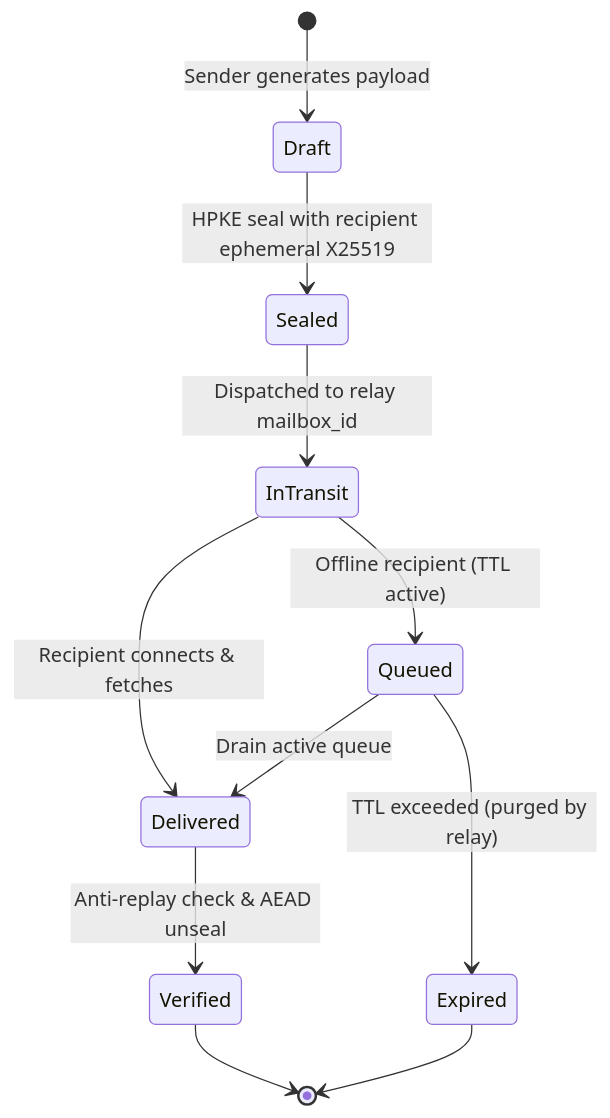
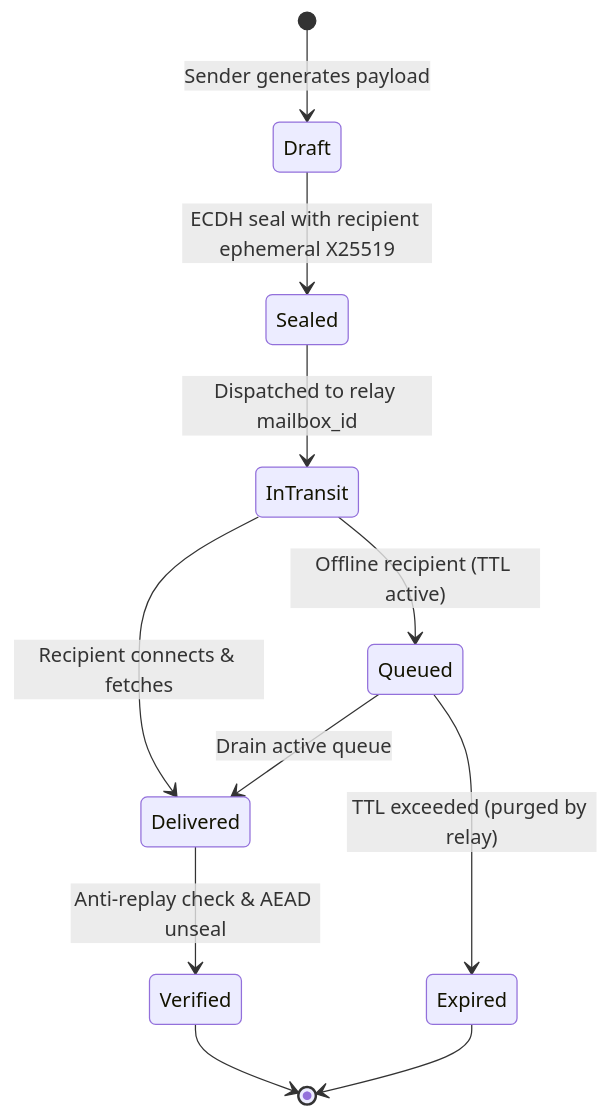
One commit to alfonsodg/sonaraim-protocol changed the fourth of 5 diagrams in docs/DIAGRAMS.md. Above: the diagram before and after it, drawn with Mermaid. The commit also changed other lines of this file and 3 other files, not shown here.

````diff
--- a/docs/DIAGRAMS.md
+++ b/docs/DIAGRAMS.md
@@ -74,13 +74,13 @@
 ```mermaid
 stateDiagram-v2
     [*] --> Draft: Sender generates payload
-    Draft --> Sealed: HPKE seal with recipient ephemeral X25519
+    Draft --> Sealed: ECDH seal with recipient ephemeral X25519
     Sealed --> InTransit: Dispatched to relay mailbox_id
     InTransit --> Queued: Offline recipient (TTL active)
     InTransit --> Delivered: Recipient connects & fetches
     Queued --> Delivered: Drain active queue
     Queued --> Expired: TTL exceeded (purged by relay)
     Delivered --> Verified: Anti-replay check & AEAD unseal
     Verified --> [*]
     Expired --> [*]
 ```
````
